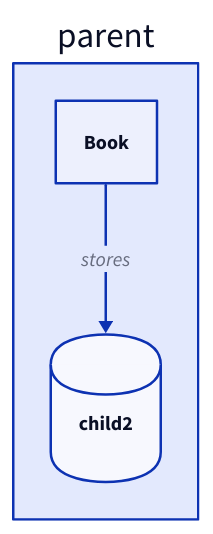
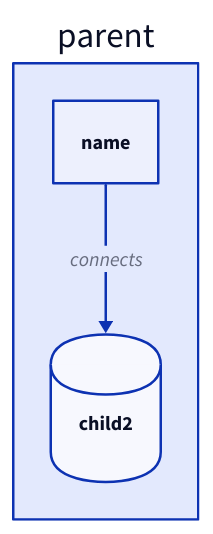
Before and after one commit to fanzhengxing/d2-diagrams: the second of 8 diagrams in references/d2-cheatsheet.md, drawn with D2. The commit also changed other lines of this file and 4 other files, not shown here.

````diff
--- a/references/d2-cheatsheet.md
+++ b/references/d2-cheatsheet.md
@@ -12,7 +14,7 @@
 ```d2
 parent: {
-  child1: "Book"
+  child1: "name"
   child2: {shape: cylinder}
-  child1 -> child2: "stores"
+  child1 -> child2: "connects"
 }
 ```
````
